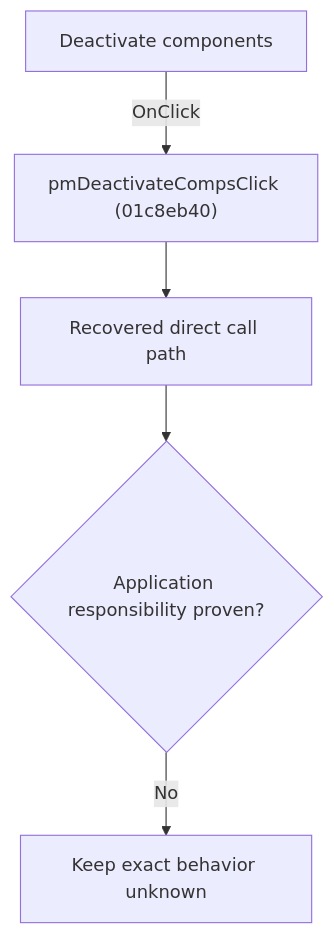
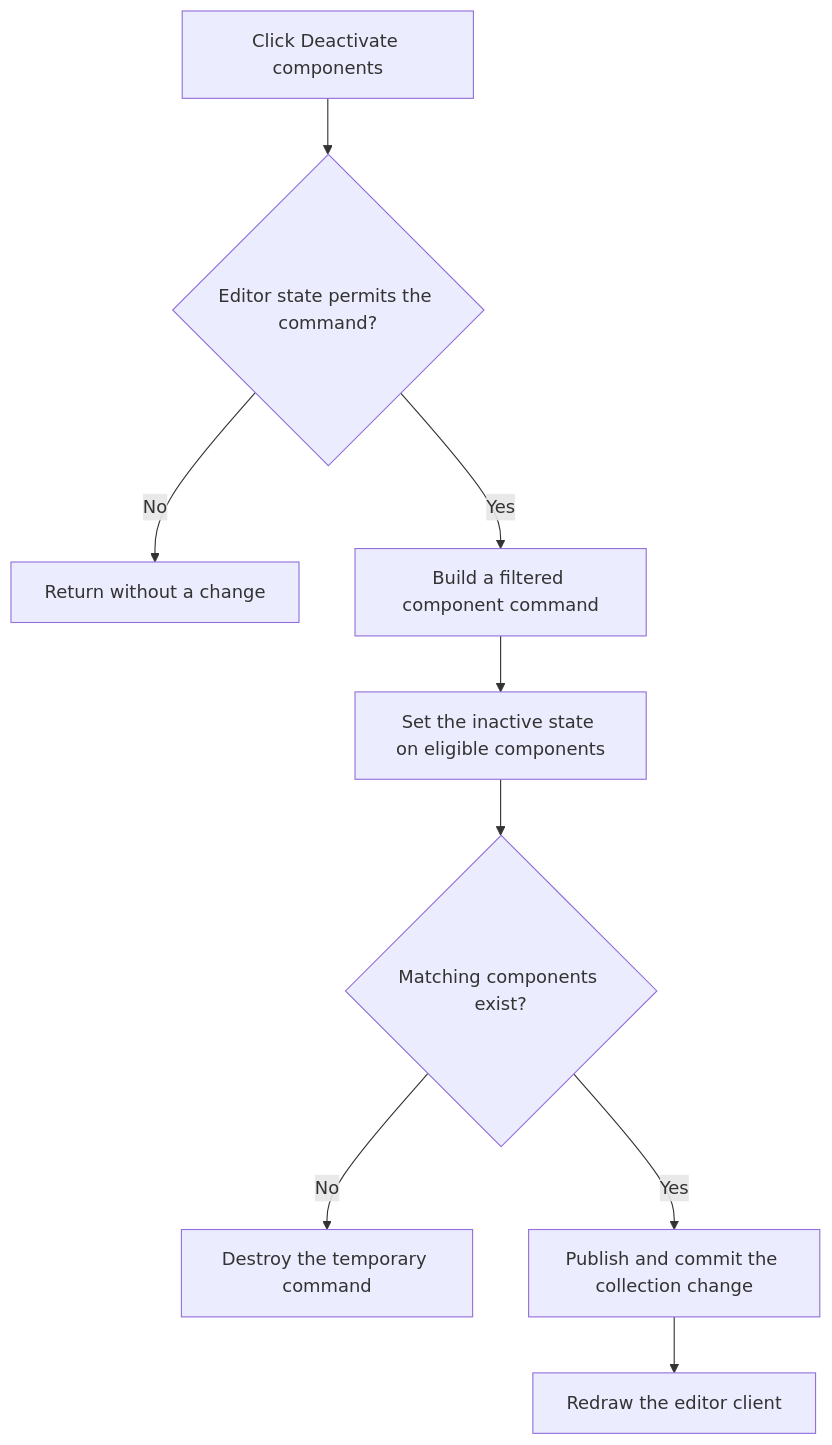
Before and after one commit to MovGP0/TIARA: the diagram in docs/ui-controls/schematiceditor/pmdeactivatecomps-157e89b860.md, drawn with Mermaid. The commit also changed other lines of this file and 241 other files, not shown here.

````diff
--- a/docs/ui-controls/schematiceditor/pmdeactivatecomps-157e89b860.md
+++ b/docs/ui-controls/schematiceditor/pmdeactivatecomps-157e89b860.md
@@ -27,7 +27,11 @@
 ```mermaid
 flowchart TD
-    control["Deactivate components"] -->|"OnClick"| handler["pmDeactivateCompsClick (01c8eb40)"]
-    handler --> recovered["Recovered direct call path"]
-    recovered --> gap{"Application responsibility proven?"}
-    gap -->|"No"| blocked["Keep exact behavior unknown"]
+    control["Click Deactivate components"] --> allowed{"Editor state permits the command?"}
+    allowed -->|"No"| noop["Return without a change"]
+    allowed -->|"Yes"| collect["Build a filtered component command"]
+    collect --> apply["Set the inactive state on eligible components"]
+    apply --> changed{"Matching components exist?"}
+    changed -->|"No"| discard["Destroy the temporary command"]
+    changed -->|"Yes"| commit["Publish and commit the collection change"]
+    commit --> redraw["Redraw the editor client"]
 ```
````
